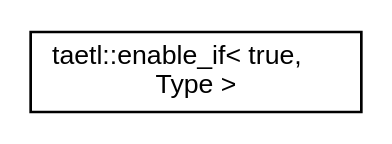
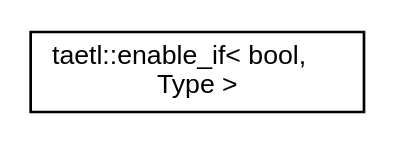
One commit to tobanteAudio/taetl changed the diagram in inherit_graph_12.dot. Above: the diagram before and after it, drawn with Graphviz. The commit also changed 113 other files, not shown here.

```diff
--- a/inherit_graph_12.dot
+++ b/inherit_graph_12.dot
@@ -1,7 +1,7 @@
 digraph "Graphical Class Hierarchy"
 {
   edge [fontname="Helvetica",fontsize="10",labelfontname="Helvetica",labelfontsize="10"];
   node [fontname="Helvetica",fontsize="10",shape=record];
   rankdir="LR";
-  Node0 [label="taetl::enable_if\< true,\l Type \>",height=0.2,width=0.4,color="black", fillcolor="white", style="filled",URL="$structtaetl_1_1enable__if_3_01true_00_01Type_01_4.html"];
+  Node0 [label="taetl::enable_if\< bool,\l Type \>",height=0.2,width=0.4,color="black", fillcolor="white", style="filled",URL="$structtaetl_1_1enable__if.html",tooltip="Define a member typedef only if a boolean constant is true. "];
 }
```
